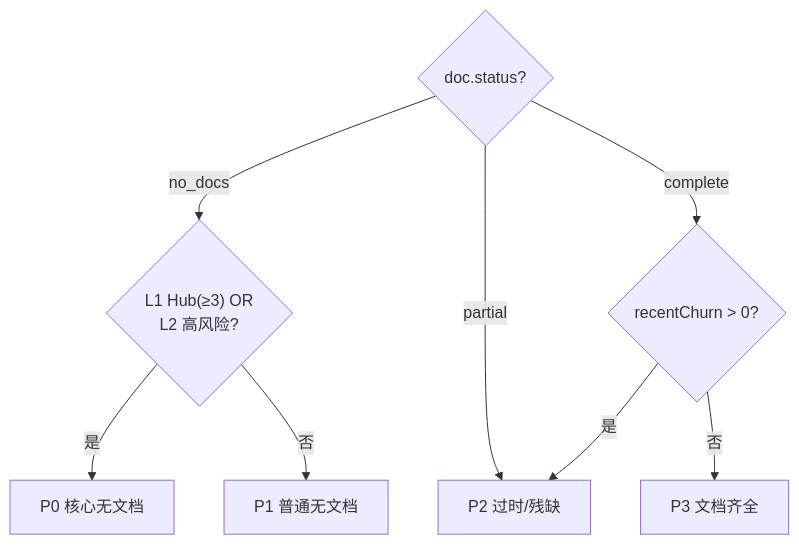
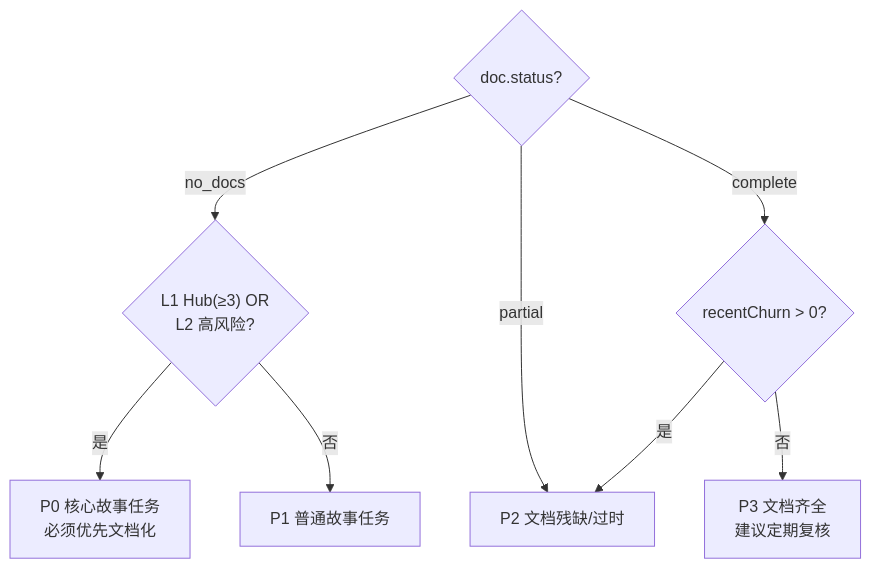
One commit to effiy/YrY changed the third of 4 diagrams in skills/rui/recommend-criteria.md. Above: the diagram before and after it, drawn with Mermaid. The commit also changed other lines of this file and 5 other files, not shown here.

````diff
--- a/skills/rui/recommend-criteria.md
+++ b/skills/rui/recommend-criteria.md
@@ -120,11 +141,11 @@
 ```mermaid
 flowchart TD
     Q1{"doc.status?"}
     Q1 -->|"no_docs"| Q2{"L1 Hub(≥3) OR<br/>L2 高风险?"}
-    Q2 -->|"是"| P0["P0 核心无文档"]
-    Q2 -->|"否"| P1["P1 普通无文档"]
-    Q1 -->|"partial"| P2["P2 过时/残缺"]
+    Q2 -->|"是"| P0["P0 核心故事任务<br/>必须优先文档化"]
+    Q2 -->|"否"| P1["P1 普通故事任务"]
+    Q1 -->|"partial"| P2["P2 文档残缺/过时"]
     Q1 -->|"complete"| Q3{"recentChurn > 0?"}
     Q3 -->|"是"| P2
-    Q3 -->|"否"| P3["P3 文档齐全"]
+    Q3 -->|"否"| P3["P3 文档齐全<br/>建议定期复核"]
 ```
````
